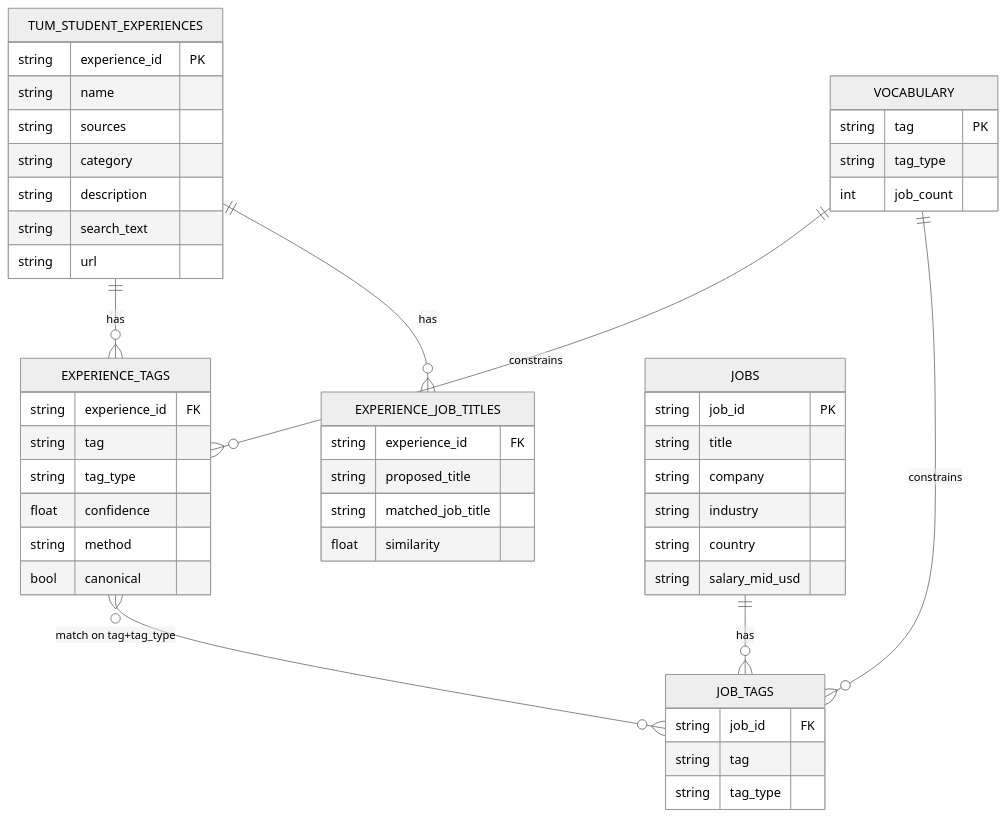
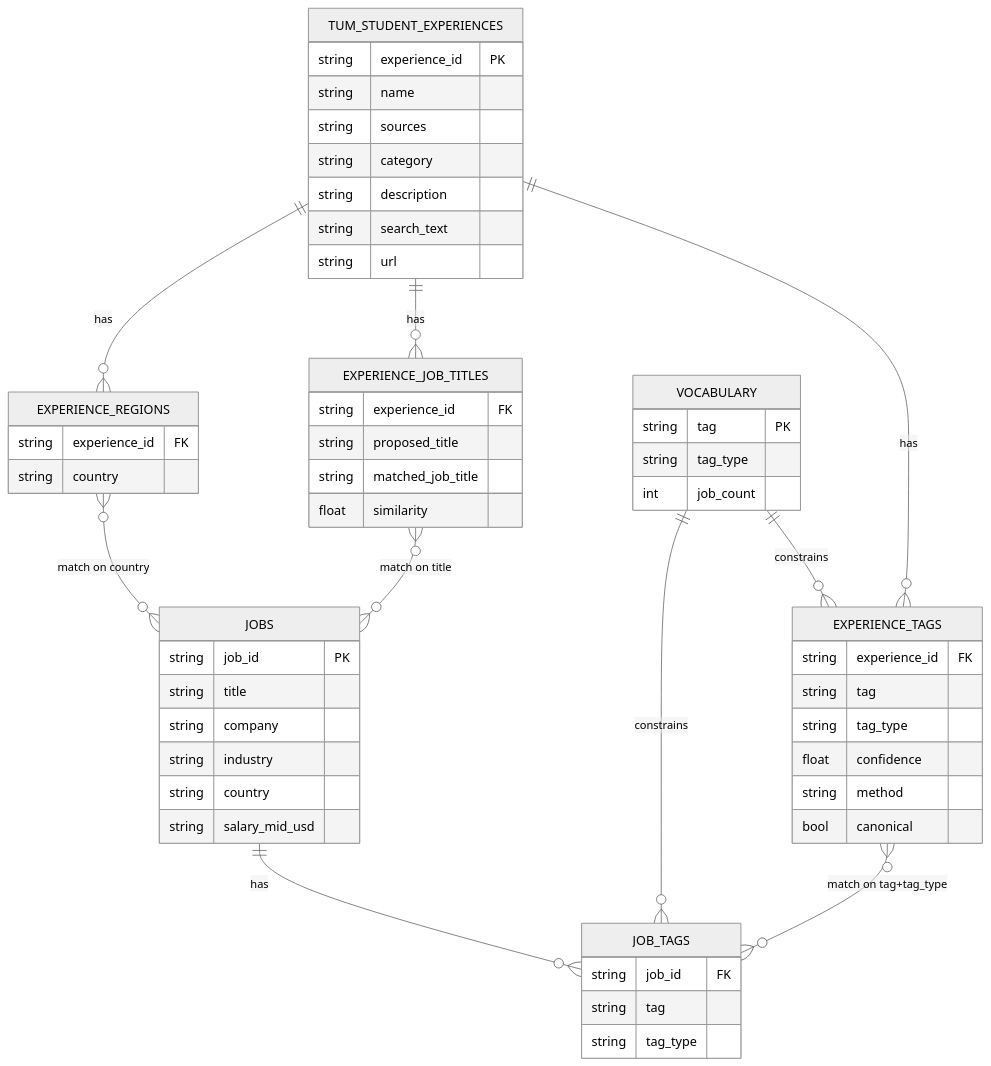
One commit to namitdeb739/career-detective changed the second of 2 diagrams in docs/data-pipeline.md. Above: the diagram before and after it, drawn with Mermaid (neutral theme). The commit also changed other lines of this file and 6 other files, not shown here.

First line of the commit message:
feat(matching): 4-field experience-to-job matcher + geo/title tagging

````diff
--- a/docs/data-pipeline.md
+++ b/docs/data-pipeline.md
@@ -152,51 +150,58 @@
 ```mermaid
 erDiagram
     TUM_STUDENT_EXPERIENCES ||--o{ EXPERIENCE_TAGS : has
     TUM_STUDENT_EXPERIENCES ||--o{ EXPERIENCE_JOB_TITLES : has
+    TUM_STUDENT_EXPERIENCES ||--o{ EXPERIENCE_REGIONS : has
     VOCABULARY ||--o{ EXPERIENCE_TAGS : constrains
     VOCABULARY ||--o{ JOB_TAGS : constrains
     JOBS ||--o{ JOB_TAGS : has
     EXPERIENCE_TAGS }o--o{ JOB_TAGS : "match on tag+tag_type"
+    EXPERIENCE_JOB_TITLES }o--o{ JOBS : "match on title"
+    EXPERIENCE_REGIONS }o--o{ JOBS : "match on country"
 
     TUM_STUDENT_EXPERIENCES {
         string experience_id PK
         string name
         string sources
         string category
         string description
         string search_text
         string url
     }
     EXPERIENCE_TAGS {
         string experience_id FK
         string tag
         string tag_type
         float confidence
         string method
         bool canonical
     }
     EXPERIENCE_JOB_TITLES {
         string experience_id FK
         string proposed_title
         string matched_job_title
         float similarity
     }
+    EXPERIENCE_REGIONS {
+        string experience_id FK
+        string country
+    }
     VOCABULARY {
         string tag PK
         string tag_type
         int job_count
     }
     JOBS {
         string job_id PK
         string title
         string company
         string industry
         string country
         string salary_mid_usd
     }
     JOB_TAGS {
         string job_id FK
         string tag
         string tag_type
     }
 ```
````
